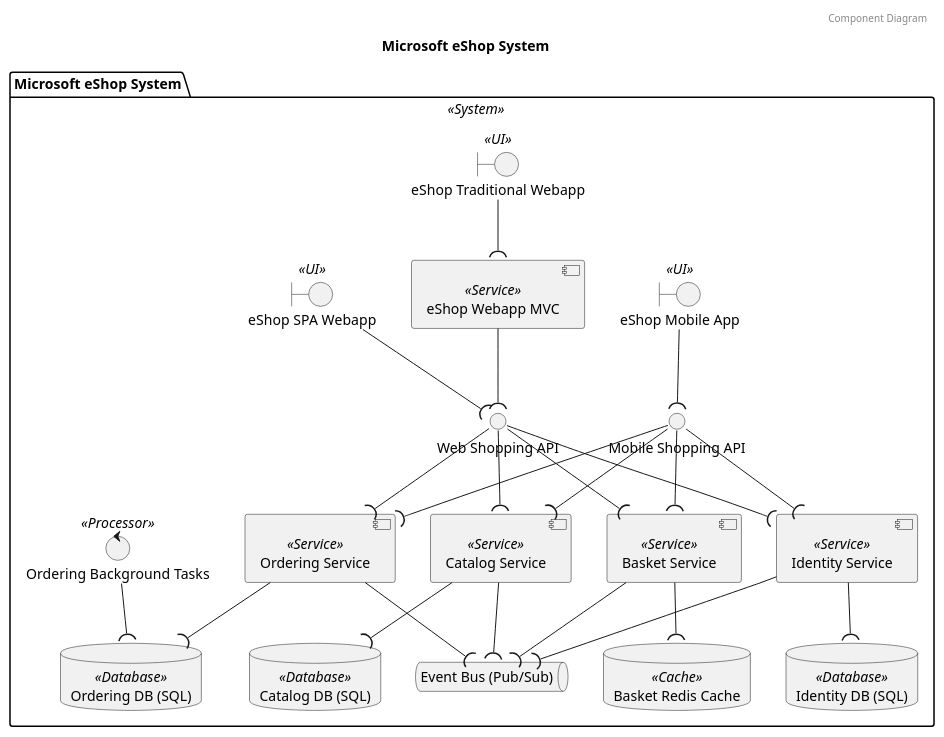
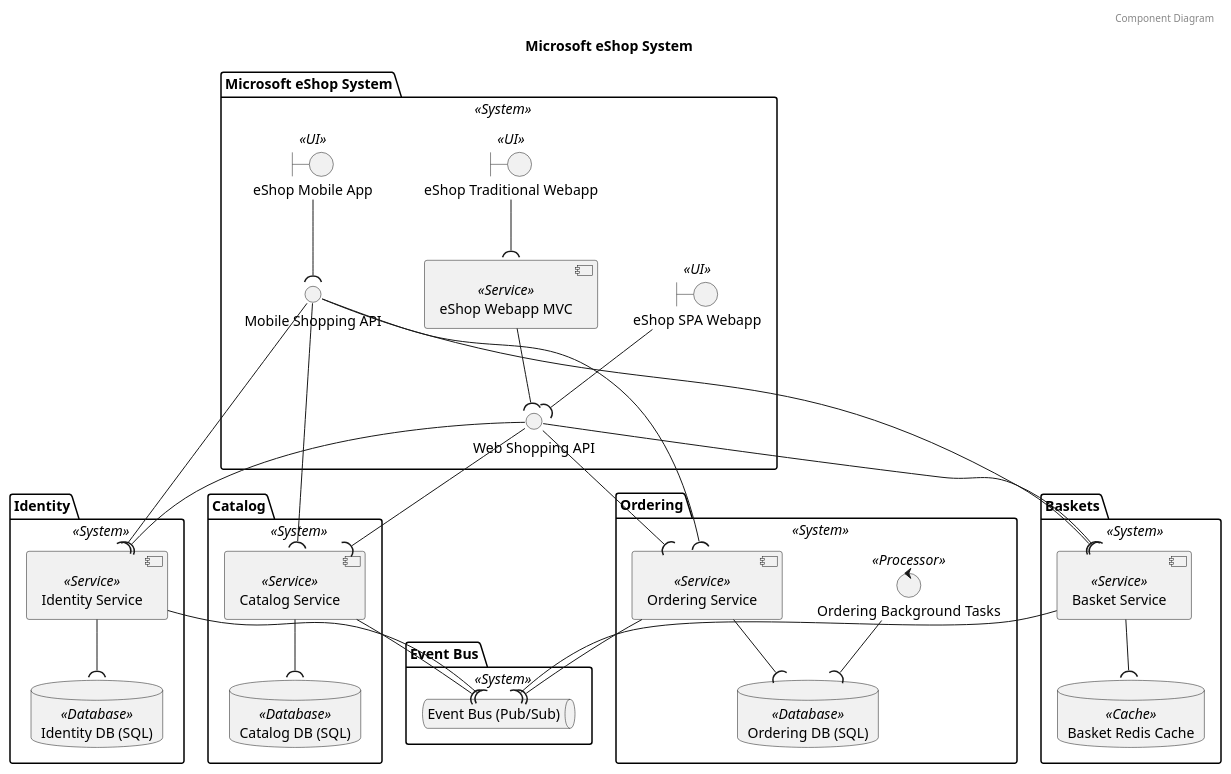
One commit to garrettsutula/example-trellis-project changed the third of 4 diagrams in diagrams/systems/Microsoft_eShop_System.puml. Above: the diagram before and after it, drawn with PlantUML. The commit also changed other lines of this file and 13 other files, not shown here.

```diff
--- a/diagrams/systems/Microsoft_eShop_System.puml
+++ b/diagrams/systems/Microsoft_eShop_System.puml
@@ -119,43 +154,53 @@
 @startuml Component Diagram Microsoft eShop System
 header Component Diagram
 title Microsoft eShop System
 package "Microsoft eShop System" as Microsoft_eShop_System_package <<System>>{
 	boundary "eShop Mobile App" as eShop_Mobile_App <<UI>>
 	boundary "eShop SPA Webapp" as eShop_SPA_Webapp <<UI>>
 	boundary "eShop Traditional Webapp" as eShop_Traditional_Webapp <<UI>>
 	component "eShop Webapp MVC" as eShop_Webapp_MVC <<Service>>
 	interface "Mobile Shopping API" as Mobile_Shopping_API
 	interface "Web Shopping API" as Web_Shopping_API
+}
+package "Identity" as Identity_package <<System>>{
 	component "Identity Service" as Identity_Service <<Service>>
+	database "Identity DB (SQL)" as Identity_DB_SQL <<Database>>
+}
+package "Catalog" as Catalog_package <<System>>{
 	component "Catalog Service" as Catalog_Service <<Service>>
+	database "Catalog DB (SQL)" as Catalog_DB_SQL <<Database>>
+}
+package "Ordering" as Ordering_package <<System>>{
 	component "Ordering Service" as Ordering_Service <<Service>>
-	component "Basket Service" as Basket_Service <<Service>>
-	database "Identity DB (SQL)" as Identity_DB_SQL <<Database>>
-	queue "Event Bus (Pub/Sub)" as Event_Bus_Pub_Sub
-	database "Catalog DB (SQL)" as Catalog_DB_SQL <<Database>>
 	database "Ordering DB (SQL)" as Ordering_DB_SQL <<Database>>
 	control "Ordering Background Tasks" as Ordering_Background_Tasks <<Processor>>
+}
+package "Baskets" as Baskets_package <<System>>{
+	component "Basket Service" as Basket_Service <<Service>>
 	database "Basket Redis Cache" as Basket_Redis_Cache <<Cache>>
+}
+package "Event Bus" as Event_Bus_package <<System>>{
+	queue "Event Bus (Pub/Sub)" as Event_Bus_Pub_Sub
+}
 	eShop_Mobile_App -down-( Mobile_Shopping_API
 	eShop_Traditional_Webapp -down-( eShop_Webapp_MVC
 	eShop_Webapp_MVC -down-( Web_Shopping_API
 	eShop_SPA_Webapp -down-( Web_Shopping_API
 	Mobile_Shopping_API -down-( Identity_Service
 	Mobile_Shopping_API -down-( Catalog_Service
 	Mobile_Shopping_API -down-( Ordering_Service
 	Mobile_Shopping_API -down-( Basket_Service
 	Web_Shopping_API -down-( Identity_Service
 	Web_Shopping_API -down-( Catalog_Service
 	Web_Shopping_API -down-( Ordering_Service
 	Web_Shopping_API -down-( Basket_Service
 	Identity_Service -down-( Identity_DB_SQL
 	Identity_Service -down-( Event_Bus_Pub_Sub
 	Catalog_Service -down-( Catalog_DB_SQL
 	Catalog_Service -down-( Event_Bus_Pub_Sub
 	Ordering_Service -down-( Ordering_DB_SQL
 	Ordering_Background_Tasks -down-( Ordering_DB_SQL
 	Ordering_Service -down-( Event_Bus_Pub_Sub
 	Basket_Service -down-( Basket_Redis_Cache
 	Basket_Service -down-( Event_Bus_Pub_Sub
-}
 @enduml
```
